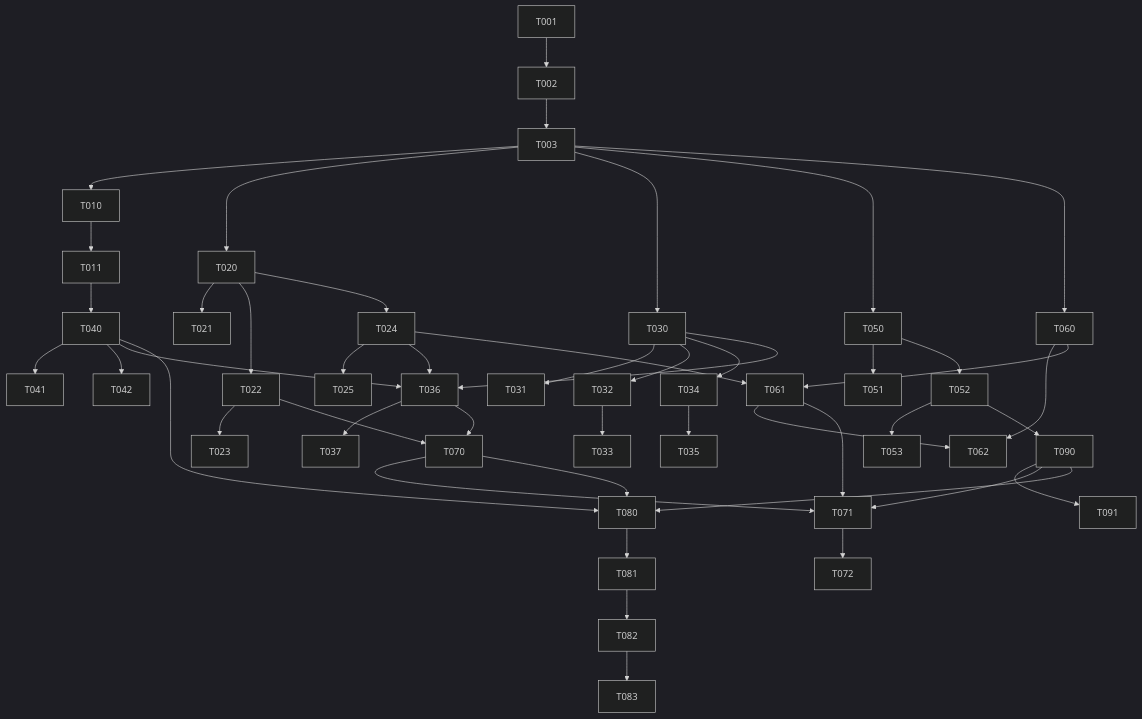
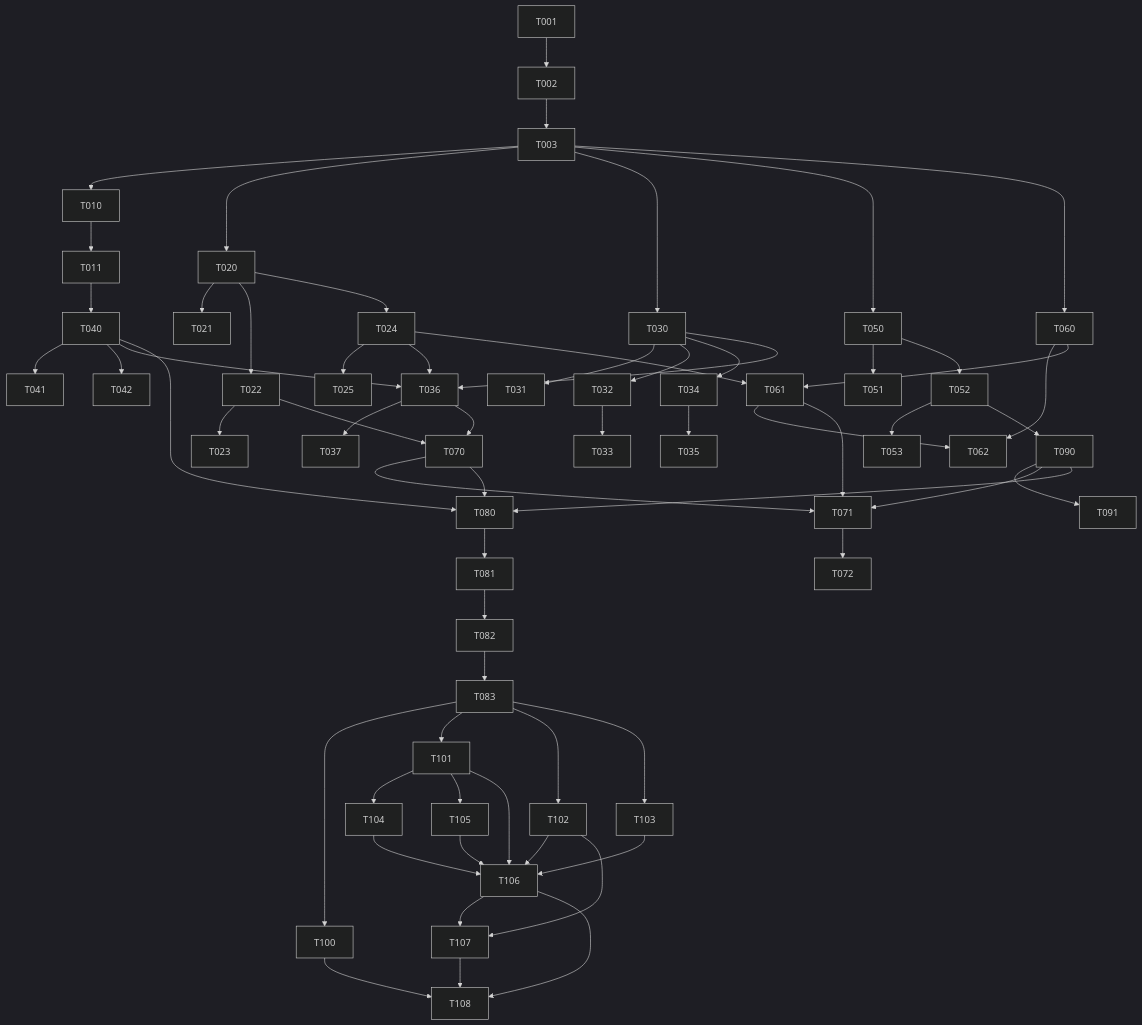
The diagram in docs/plans/task-plan.md (cataIystdev/catalib), drawn with Mermaid (dark theme) before and after one commit. The commit also changed other lines of this file and 1 other file, not shown here.

````diff
--- a/docs/plans/task-plan.md
+++ b/docs/plans/task-plan.md
@@ -428,30 +568,43 @@
 ```mermaid
 graph TD
   T001 --> T002 --> T003
   T003 --> T010 --> T011 --> T040 --> T041
   T040 --> T042
   T003 --> T020 --> T021
   T020 --> T022 --> T023
   T020 --> T024 --> T025
   T003 --> T030 --> T031
   T030 --> T032 --> T033
   T030 --> T034 --> T035
   T030 --> T036 --> T037
   T040 --> T036
   T024 --> T036
   T003 --> T050 --> T051
   T050 --> T052 --> T053
   T003 --> T060 --> T062
   T060 --> T061 --> T062
   T024 --> T061
   T022 --> T070
   T036 --> T070 --> T071 --> T072
   T061 --> T071
   T052 --> T090 --> T091
   T090 --> T071
   T070 --> T080
   T090 --> T080
   T040 --> T080
   T080 --> T081
   T081 --> T082 --> T083
+  T083 --> T100
+  T083 --> T101 --> T104
+  T101 --> T105
+  T101 --> T106
+  T083 --> T102 --> T106
+  T083 --> T103 --> T106
+  T104 --> T106
+  T105 --> T106
+  T102 --> T107
+  T106 --> T107
+  T100 --> T108
+  T106 --> T108
+  T107 --> T108
 ```
````
